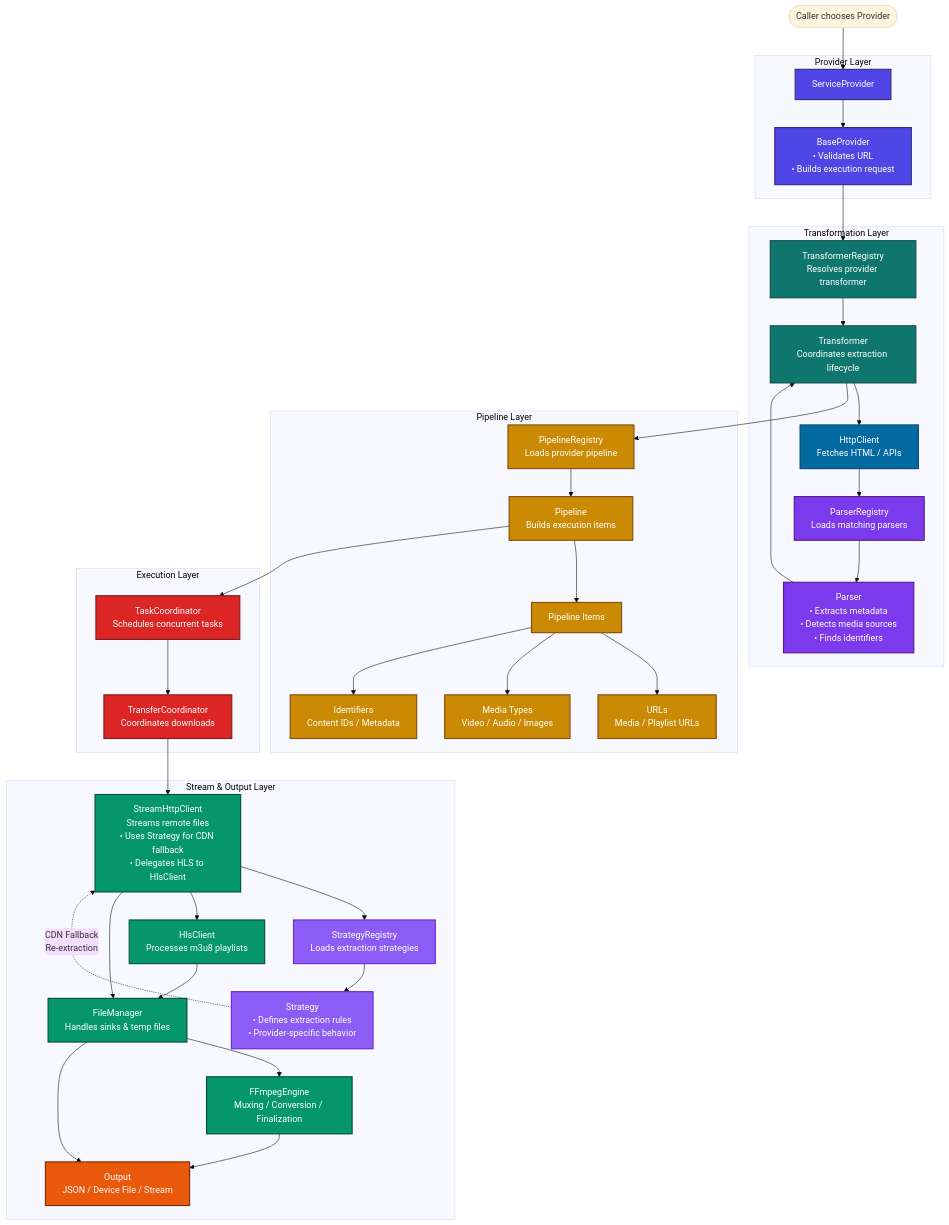
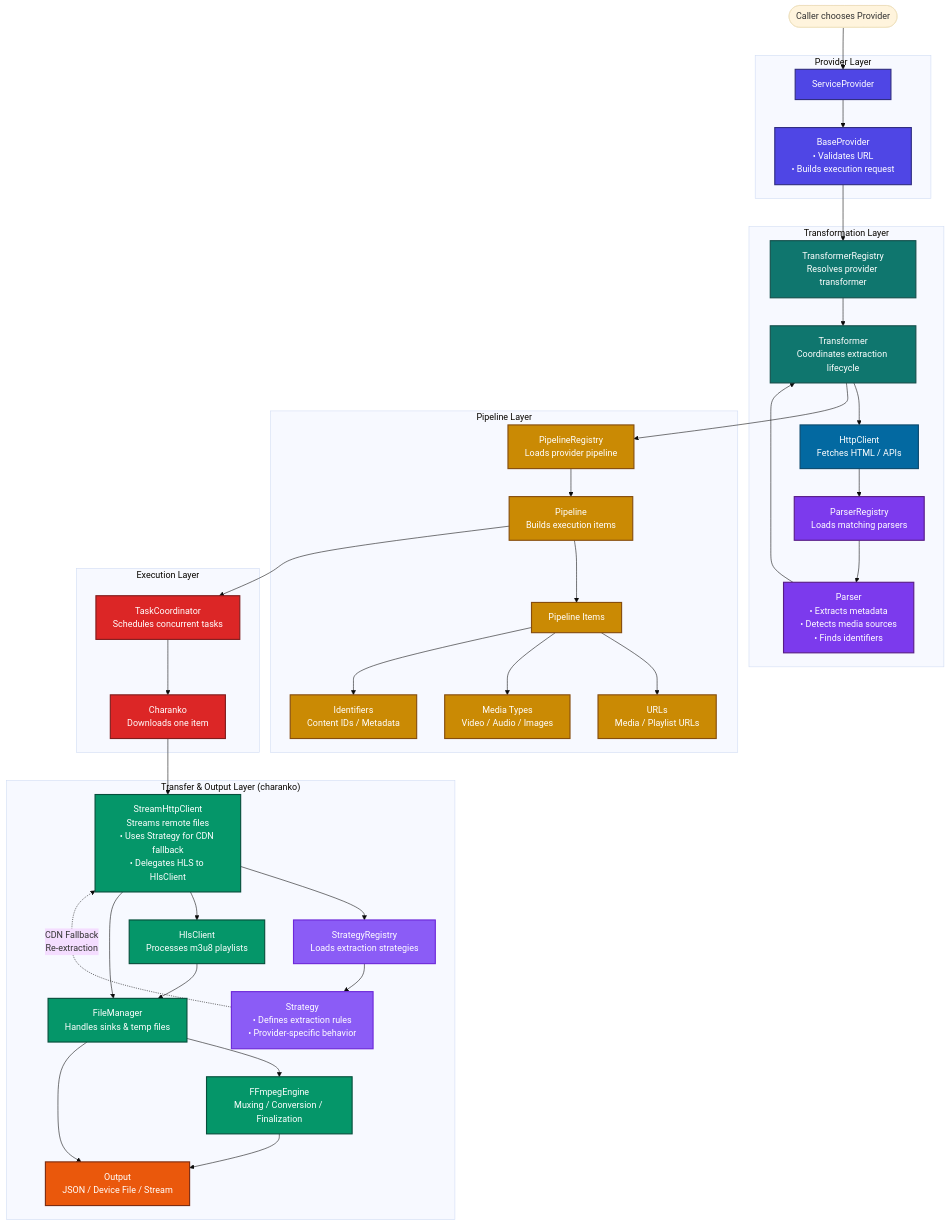
Before and after one commit to meowfans/downflux: the diagram in README.md, drawn with Mermaid (base theme). The commit also changed other lines of this file and 101 other files, not shown here.

Commit message:
Switched Http engine and logger with inumaki and charanko package (#177)

```diff
--- a/README.md
+++ b/README.md
@@ -336,10 +336,10 @@
     subgraph ExecutionLayer["Execution Layer"]
         TaskCoordinator[TaskCoordinator<br/>Schedules concurrent tasks]
 
-        TransferCoordinator[TransferCoordinator<br/>Coordinates downloads]
+        Charanko[Charanko<br/>Downloads one item]
     end
 
-    subgraph StreamLayer["Stream & Output Layer"]
+    subgraph StreamLayer["Transfer & Output Layer (charanko)"]
         StreamHttpClient[StreamHttpClient<br/>Streams remote files<br/>• Uses Strategy for CDN fallback<br/>• Delegates HLS to HlsClient]
 
         StrategyRegistry[StrategyRegistry<br/>Loads extraction strategies]
@@ -374,9 +374,9 @@
     PipelineItems --> Identifiers
 
     Pipeline --> TaskCoordinator
-    TaskCoordinator --> TransferCoordinator
+    TaskCoordinator --> Charanko
 
-    TransferCoordinator --> StreamHttpClient
+    Charanko --> StreamHttpClient
     StreamHttpClient --> StrategyRegistry
     StrategyRegistry --> Strategy
     Strategy -.->|CDN Fallback<br/>Re-extraction| StreamHttpClient
@@ -403,7 +403,7 @@
     class ServiceProvider,BaseProvider provider;
     class TransformerRegistry,Transformer transform;
     class PipelineRegistry,Pipeline,PipelineItems,URLs,MediaTypes,Identifiers pipeline;
-    class TaskCoordinator,TransferCoordinator execution;
+    class TaskCoordinator,Charanko execution;
     class HttpClient network;
     class ParserRegistry,Parser parser;
     class StrategyRegistry,Strategy strategy;
```
